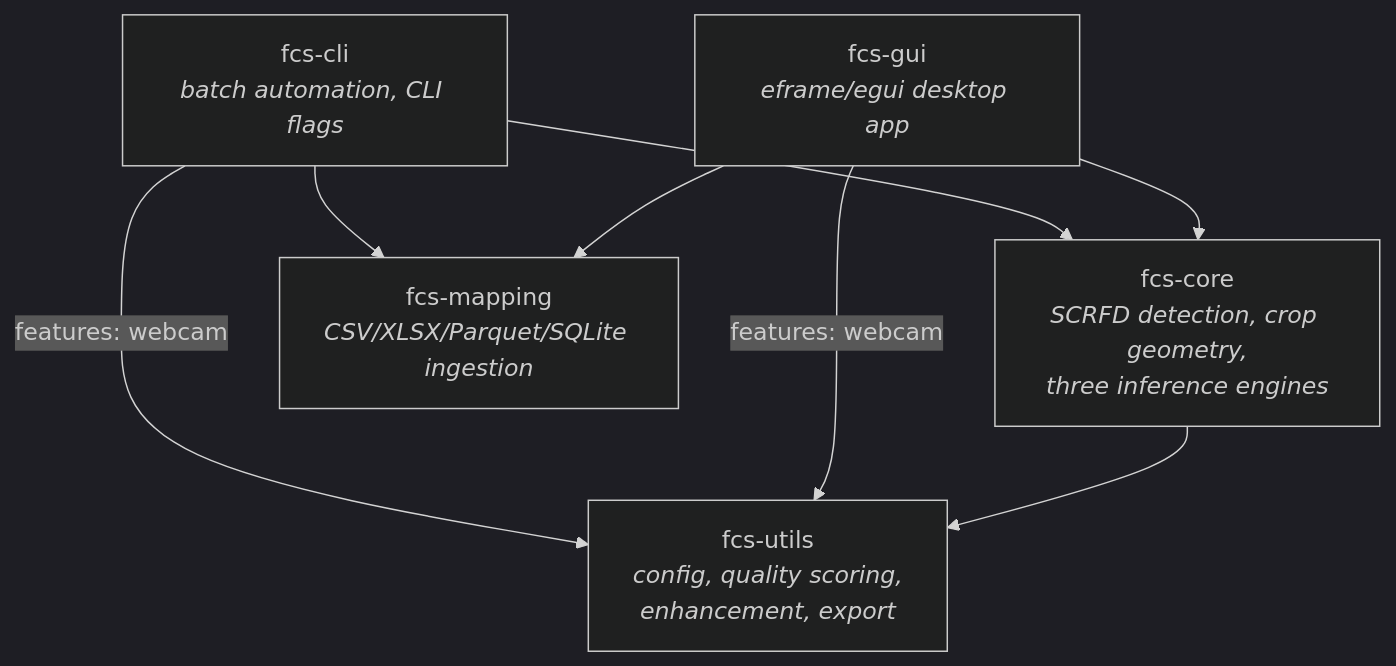
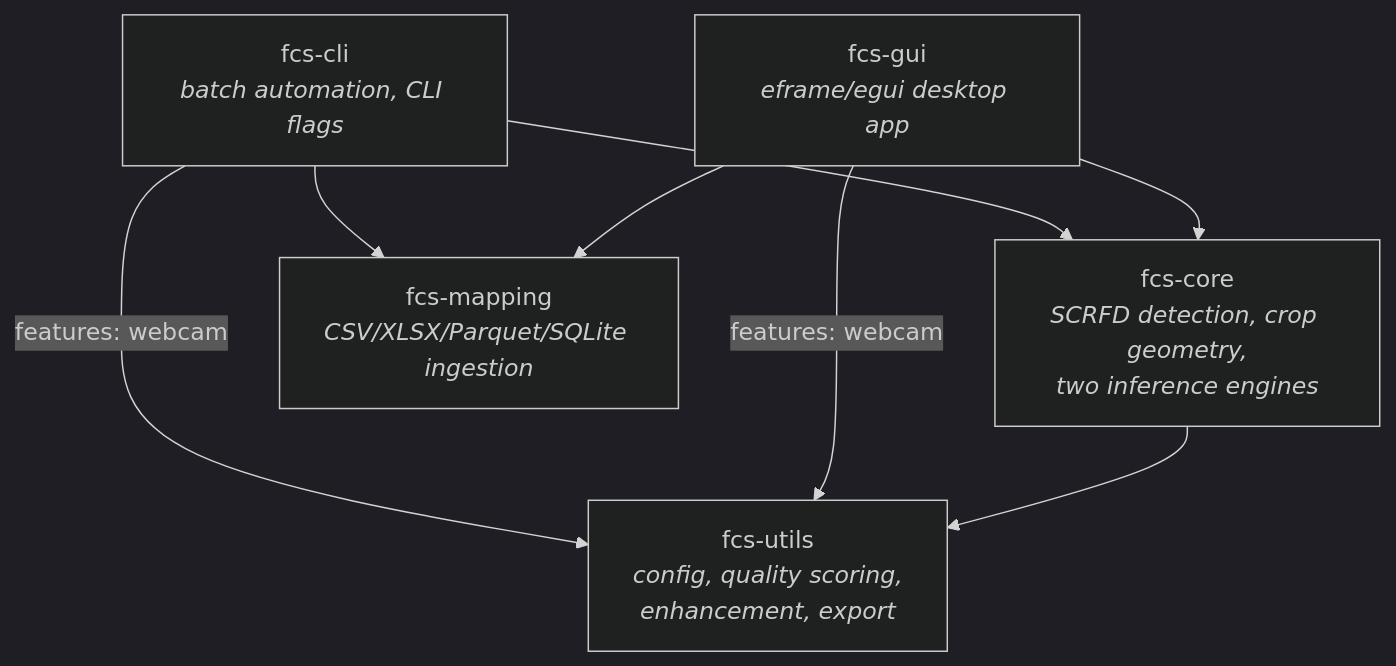
One commit to gregorycarnegie/face-crop-studio changed the first of 2 diagrams in ARCHITECTURE.md. Above: the diagram before and after it, drawn with Mermaid (dark theme). The commit also changed other lines of this file and 40 other files, not shown here.

````diff
--- a/ARCHITECTURE.md
+++ b/ARCHITECTURE.md
@@ -21,16 +23,16 @@
 ```mermaid
 graph TD
     cli["fcs-cli<br/><i>batch automation, CLI flags</i>"]
     gui["fcs-gui<br/><i>eframe/egui desktop app</i>"]
-    core["fcs-core<br/><i>SCRFD detection, crop geometry,<br/>three inference engines</i>"]
+    core["fcs-core<br/><i>SCRFD detection, crop geometry,<br/>two inference engines</i>"]
     utils["fcs-utils<br/><i>config, quality scoring,<br/>enhancement, export</i>"]
     mapping["fcs-mapping<br/><i>CSV/XLSX/Parquet/SQLite ingestion</i>"]
 
     cli --> core
     cli --> mapping
     cli -->|features: webcam| utils
     gui --> core
     gui --> mapping
     gui -->|features: webcam| utils
     core --> utils
 ```
````
